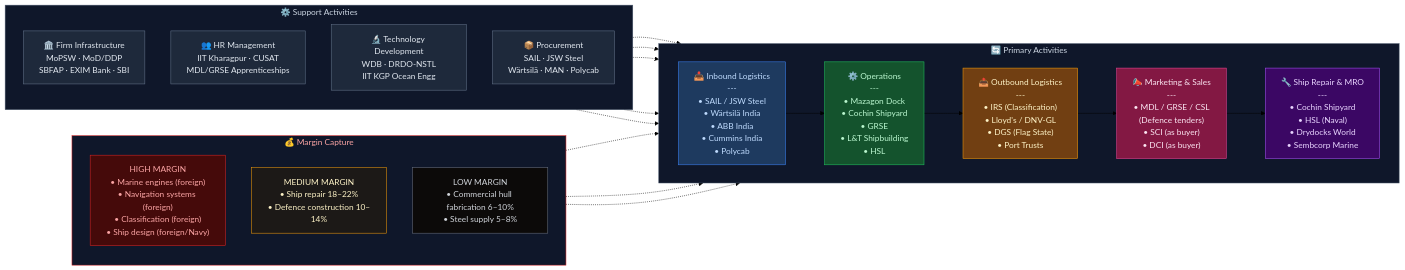
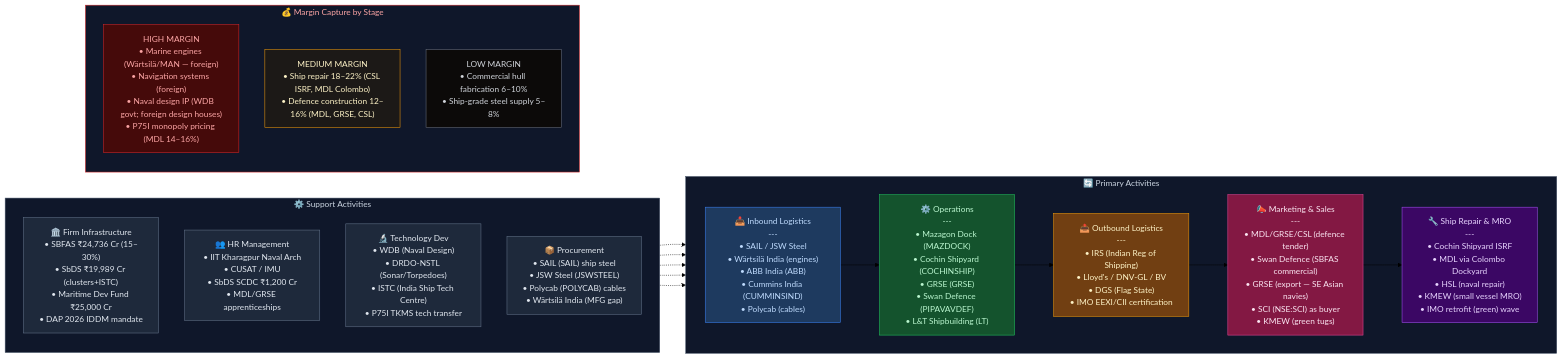
Before and after one commit to Anubhavsingh13/Value_chain: the second of 2 diagrams in Shipbuilding - Value Chain Analysis.md, drawn with Mermaid (forest theme). The commit also changed other lines of this file and 2 other files, not shown here.

````diff
--- a/Shipbuilding - Value Chain Analysis.md
+++ b/Shipbuilding - Value Chain Analysis.md
@@ -411,54 +471,50 @@
 ```mermaid
 flowchart LR
     subgraph SUPPORT["⚙️ Support Activities"]
         direction TB
-        FI["🏛️ Firm Infrastructure\nMoPSW · MoD/DDP\nSBFAP · EXIM Bank · SBI"]
-        HR["👥 HR Management\nIIT Kharagpur · CUSAT\nMDL/GRSE Apprenticeships"]
-        TD["🔬 Technology Development\nWDB · DRDO-NSTL\nIIT KGP Ocean Engg"]
-        PR["📦 Procurement\nSAIL · JSW Steel\nWärtsilä · MAN · Polycab"]
+        FI["🏛️ Firm Infrastructure\n• SBFAS ₹24,736 Cr (15–30%)\n• SbDS ₹19,989 Cr (clusters+ISTC)\n• Maritime Dev Fund ₹25,000 Cr\n• DAP 2026 IDDM mandate"]
+        HR["👥 HR Management\n• IIT Kharagpur Naval Arch\n• CUSAT / IMU\n• SbDS SCDC ₹1,200 Cr\n• MDL/GRSE apprenticeships"]
+        TD["🔬 Technology Dev\n• WDB (Naval Design)\n• DRDO-NSTL (Sonar/Torpedoes)\n• ISTC (India Ship Tech Centre)\n• P75I TKMS tech transfer"]
+        PR["📦 Procurement\n• SAIL (SAIL) ship steel\n• JSW Steel (JSWSTEEL)\n• Polycab (POLYCAB) cables\n• Wärtsilä India (MFG gap)"]
     end
 
     subgraph PRIMARY["🔄 Primary Activities"]
         direction LR
-        IL["📥 Inbound Logistics\n---\n• SAIL / JSW Steel\n• Wärtsilä India\n• ABB India\n• Cummins India\n• Polycab"]
-        OP["⚙️ Operations\n---\n• Mazagon Dock\n• Cochin Shipyard\n• GRSE\n• L&T Shipbuilding\n• HSL"]
-        OL["📤 Outbound Logistics\n---\n• IRS (Classification)\n• Lloyd's / DNV-GL\n• DGS (Flag State)\n• Port Trusts"]
-        MS["📣 Marketing & Sales\n---\n• MDL / GRSE / CSL\n(Defence tenders)\n• SCI (as buyer)\n• DCI (as buyer)"]
-        SV["🔧 Ship Repair & MRO\n---\n• Cochin Shipyard\n• HSL (Naval)\n• Drydocks World\n• Sembcorp Marine"]
+        IL["📥 Inbound Logistics\n---\n• SAIL / JSW Steel\n• Wärtsilä India (engines)\n• ABB India (ABB)\n• Cummins India (CUMMINSIND)\n• Polycab (cables)"]
+        OP["⚙️ Operations\n---\n• Mazagon Dock (MAZDOCK)\n• Cochin Shipyard (COCHINSHIP)\n• GRSE (GRSE)\n• Swan Defence (PIPAVAVDEF)\n• L&T Shipbuilding (LT)"]
+        OL["📤 Outbound Logistics\n---\n• IRS (Indian Reg of Shipping)\n• Lloyd's / DNV-GL / BV\n• DGS (Flag State)\n• IMO EEXI/CII certification"]
+        MS["📣 Marketing & Sales\n---\n• MDL/GRSE/CSL (defence tender)\n• Swan Defence (SBFAS commercial)\n• GRSE (export — SE Asian navies)\n• SCI (NSE:SCI) as buyer\n• KMEW (green tugs)"]
+        SV["🔧 Ship Repair & MRO\n---\n• Cochin Shipyard ISRF\n• MDL via Colombo Dockyard\n• HSL (naval repair)\n• KMEW (small vessel MRO)\n• IMO retrofit (green) wave"]
     end
 
-    subgraph MARGIN["💰 Margin Capture"]
+    subgraph MARGIN["💰 Margin Capture by Stage"]
         direction TB
-        HM["HIGH MARGIN\n• Marine engines (foreign)\n• Navigation systems (foreign)\n• Classification (foreign)\n• Ship design (foreign/Navy)"]
-        MM["MEDIUM MARGIN\n• Ship repair 18–22%\n• Defence construction 10–14%"]
-        LM["LOW MARGIN\n• Commercial hull fabrication 6–10%\n• Steel supply 5–8%"]
+        HM["HIGH MARGIN\n• Marine engines (Wärtsilä/MAN — foreign)\n• Navigation systems (foreign)\n• Naval design IP (WDB govt; foreign design houses)\n• P75I monopoly pricing (MDL 14–16%)"]
+        MM["MEDIUM MARGIN\n• Ship repair 18–22% (CSL ISRF, MDL Colombo)\n• Defence construction 12–16% (MDL, GRSE, CSL)"]
+        LM["LOW MARGIN\n• Commercial hull fabrication 6–10%\n• Ship-grade steel supply 5–8%"]
     end
 
     IL --> OP --> OL --> MS --> SV
 
     SUPPORT -.-> IL
     SUPPORT -.-> OP
     SUPPORT -.-> OL
     SUPPORT -.-> MS
     SUPPORT -.-> SV
-
-    HM -.-> IL
-    MM -.-> SV
-    LM -.-> OP
 
     style IL fill:#1e3a5f,stroke:#3b82f6,color:#bfdbfe
     style OP fill:#14532d,stroke:#22c55e,color:#bbf7d0
     style OL fill:#713f12,stroke:#f59e0b,color:#fef3c7
     style MS fill:#831843,stroke:#ec4899,color:#fce7f3
     style SV fill:#3b0764,stroke:#a855f7,color:#e9d5ff
     style SUPPORT fill:#0f172a,stroke:#475569,color:#cbd5e1
     style PRIMARY fill:#0f172a,stroke:#475569,color:#cbd5e1
     style FI fill:#1e293b,stroke:#64748b,color:#e2e8f0
     style HR fill:#1e293b,stroke:#64748b,color:#e2e8f0
     style TD fill:#1e293b,stroke:#64748b,color:#e2e8f0
     style PR fill:#1e293b,stroke:#64748b,color:#e2e8f0
     style MARGIN fill:#0f172a,stroke:#dc2626,color:#fca5a5
     style HM fill:#450a0a,stroke:#dc2626,color:#fca5a5
     style MM fill:#1c1917,stroke:#f59e0b,color:#fef3c7
     style LM fill:#0c0a09,stroke:#6b7280,color:#d1d5db
 ```
````
